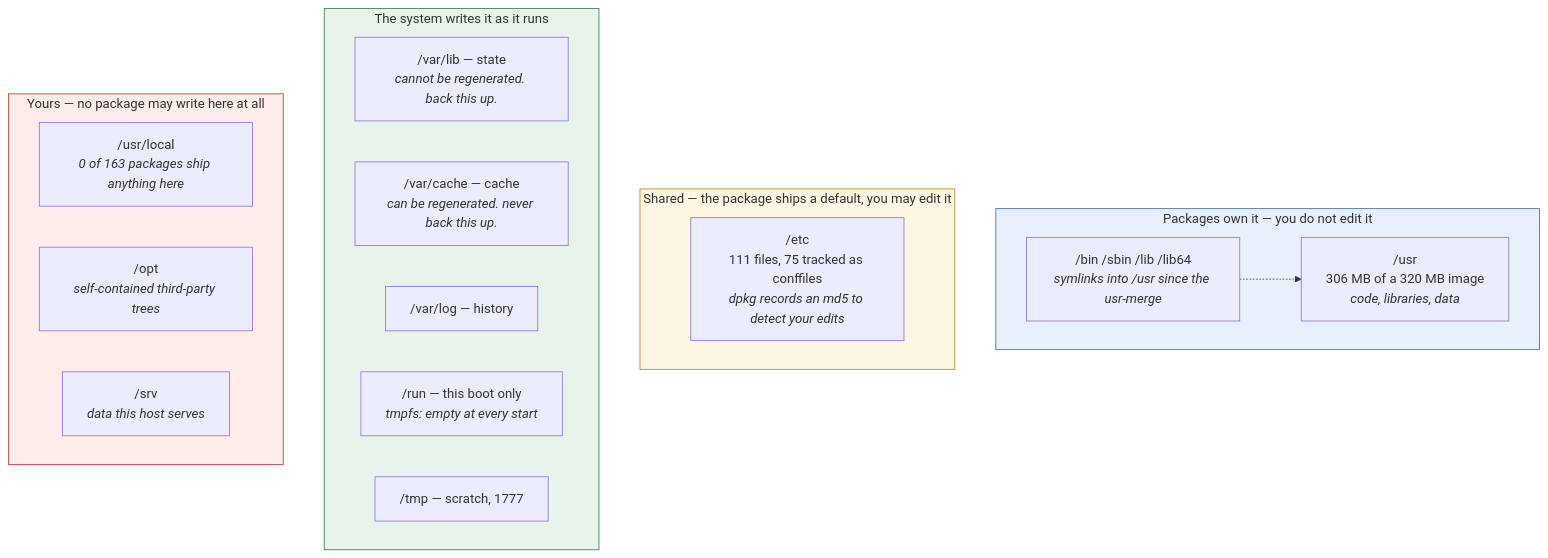
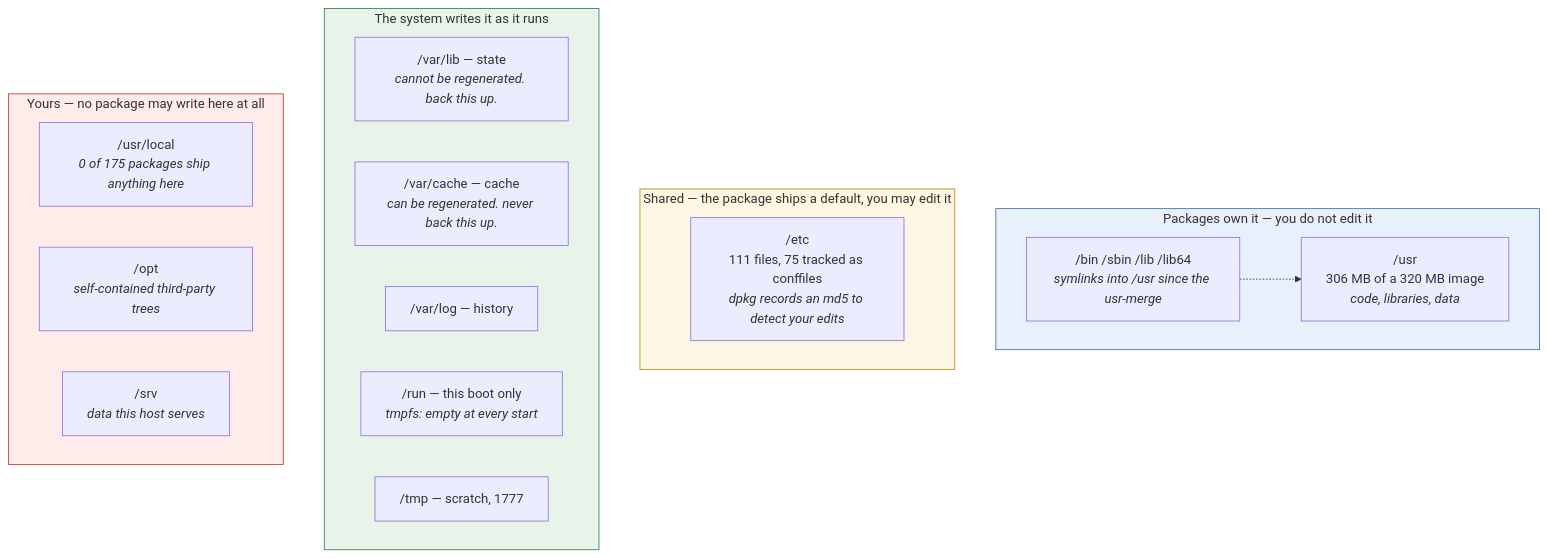
One commit to waseralkarim/groundwork-learning-platform changed the diagram in content/courses/06-linux-fundamentals/modules/03-the-filesystem-hierarchy/topics/01-the-hierarchy/diagrams/ownership-contract.mmd. Above: the diagram before and after it, drawn with Mermaid. The commit also changed 14 other files, not shown here.

```diff
--- a/content/courses/06-linux-fundamentals/modules/03-the-filesystem-hierarchy/topics/01-the-hierarchy/diagrams/ownership-contract.mmd
+++ b/content/courses/06-linux-fundamentals/modules/03-the-filesystem-hierarchy/topics/01-the-hierarchy/diagrams/ownership-contract.mmd
@@ -1,29 +1,29 @@
 flowchart TB
     subgraph pkg["Packages own it — you do not edit it"]
         USR["/usr<br/>306 MB of a 320 MB image<br/><i>code, libraries, data</i>"]
         BIN["/bin /sbin /lib /lib64<br/><i>symlinks into /usr since the usr-merge</i>"]
         BIN -.-> USR
     end
 
     subgraph shared["Shared — the package ships a default, you may edit it"]
         ETC["/etc<br/>111 files, 75 tracked as conffiles<br/><i>dpkg records an md5 to detect your edits</i>"]
     end
 
     subgraph runtime["The system writes it as it runs"]
         LIB["/var/lib — state<br/><i>cannot be regenerated. back this up.</i>"]
         CACHE["/var/cache — cache<br/><i>can be regenerated. never back this up.</i>"]
         LOG["/var/log — history"]
         RUN["/run — this boot only<br/><i>tmpfs: empty at every start</i>"]
         TMP["/tmp — scratch, 1777"]
     end
 
     subgraph yours["Yours — no package may write here at all"]
-        LOCAL["/usr/local<br/><i>0 of 163 packages ship anything here</i>"]
+        LOCAL["/usr/local<br/><i>0 of 175 packages ship anything here</i>"]
         OPT["/opt<br/><i>self-contained third-party trees</i>"]
         SRV["/srv<br/><i>data this host serves</i>"]
     end
 
     style pkg fill:#e8f0fb,stroke:#3b6ea5
     style shared fill:#fdf6e3,stroke:#b58900
     style runtime fill:#e8f4ea,stroke:#2f7d4f
     style yours fill:#fdecea,stroke:#c0392b
```
